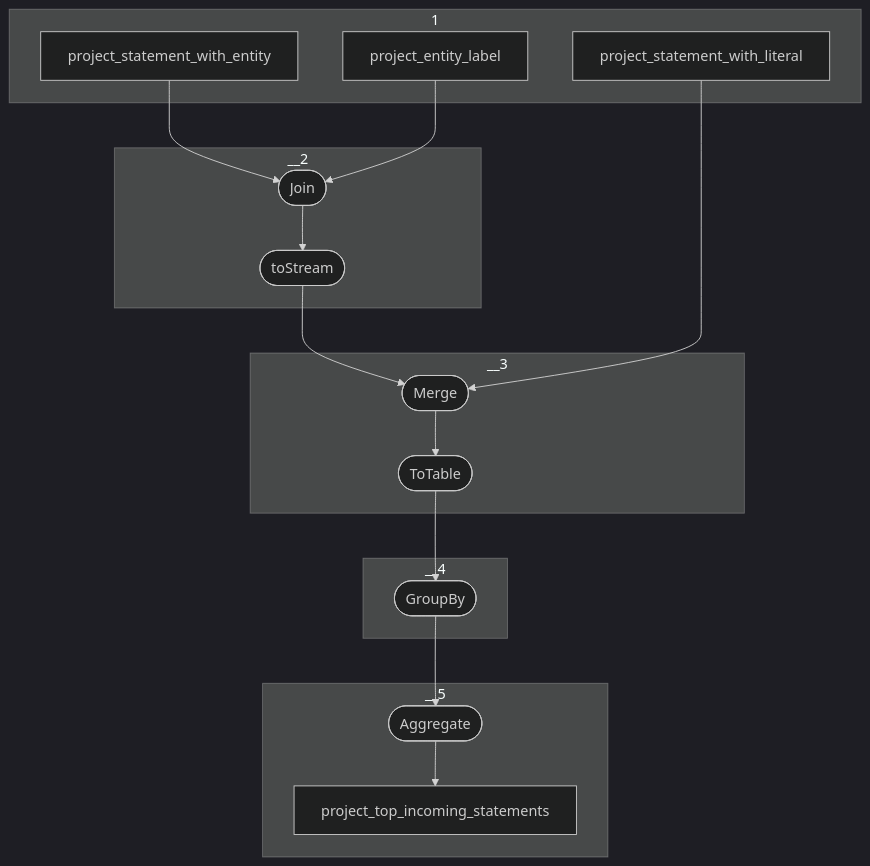
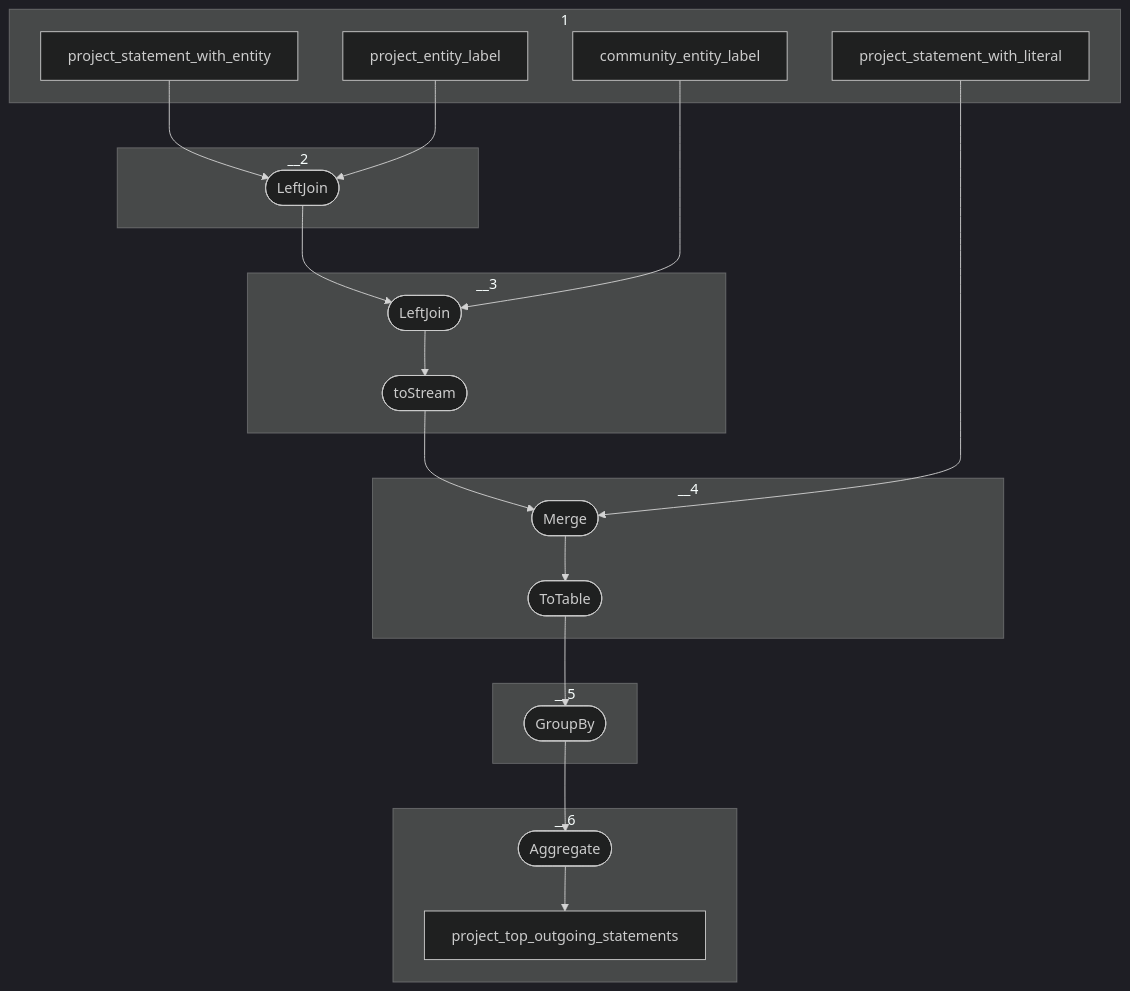
Before and after one commit to geovistory/toolbox-streams: the diagram in app-2-entity-label/src/main/java/org/geovistory/toolbox/streams/entity/label/processsors/project/ProjectTopOutgoingStatements.md, drawn with Mermaid (dark theme). The commit also changed other lines of this file and 24 other files, not shown here.

````diff
--- a/app-2-entity-label/src/main/java/org/geovistory/toolbox/streams/entity/label/processsors/project/ProjectTopOutgoingStatements.md
+++ b/app-2-entity-label/src/main/java/org/geovistory/toolbox/streams/entity/label/processsors/project/ProjectTopOutgoingStatements.md
@@ -5,27 +5,34 @@
 ```mermaid
 flowchart TD
-    1a-->2a-->2b-->3a-->3b-->4a-->5a-->5b
+    1a-->2a-->3a-->3b-->4a-->4b-->5a-->6a-->6b
     1c-->2a
-    1b-->3a
+    1d-->3a
+    1b-->4a
+    
     subgraph 1
         1a[project_statement_with_entity]
         1b[project_statement_with_literal]
         1c[project_entity_label]
+        1d[community_entity_label]
     end
     subgraph __2
-        2a([Join])
-        2b([toStream])
+        2a([LeftJoin])
     end  
     subgraph __3
-        3a([Merge])
-        3b([ToTable])
+        3a([LeftJoin])
+        3b([toStream])
     end  
+   
     subgraph __4
-        4a([GroupBy])
+        4a([Merge])
+        4b([ToTable])
     end  
     subgraph __5
-        5a([Aggregate])
-        5b[project_top_incoming_statements]
+        5a([GroupBy])
+    end  
+    subgraph __6
+        6a([Aggregate])
+        6b[project_top_outgoing_statements]
     end
 
 ```
````
